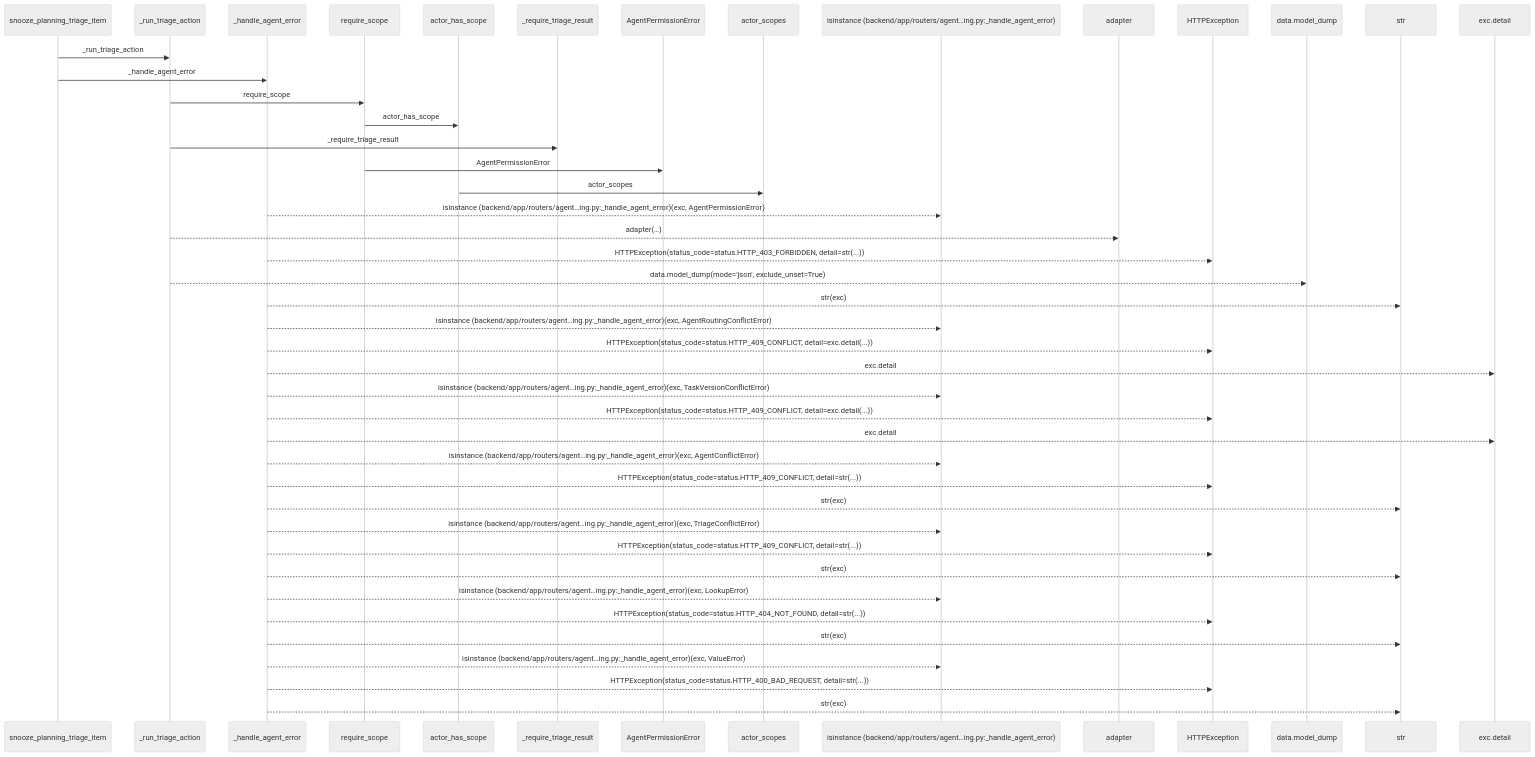
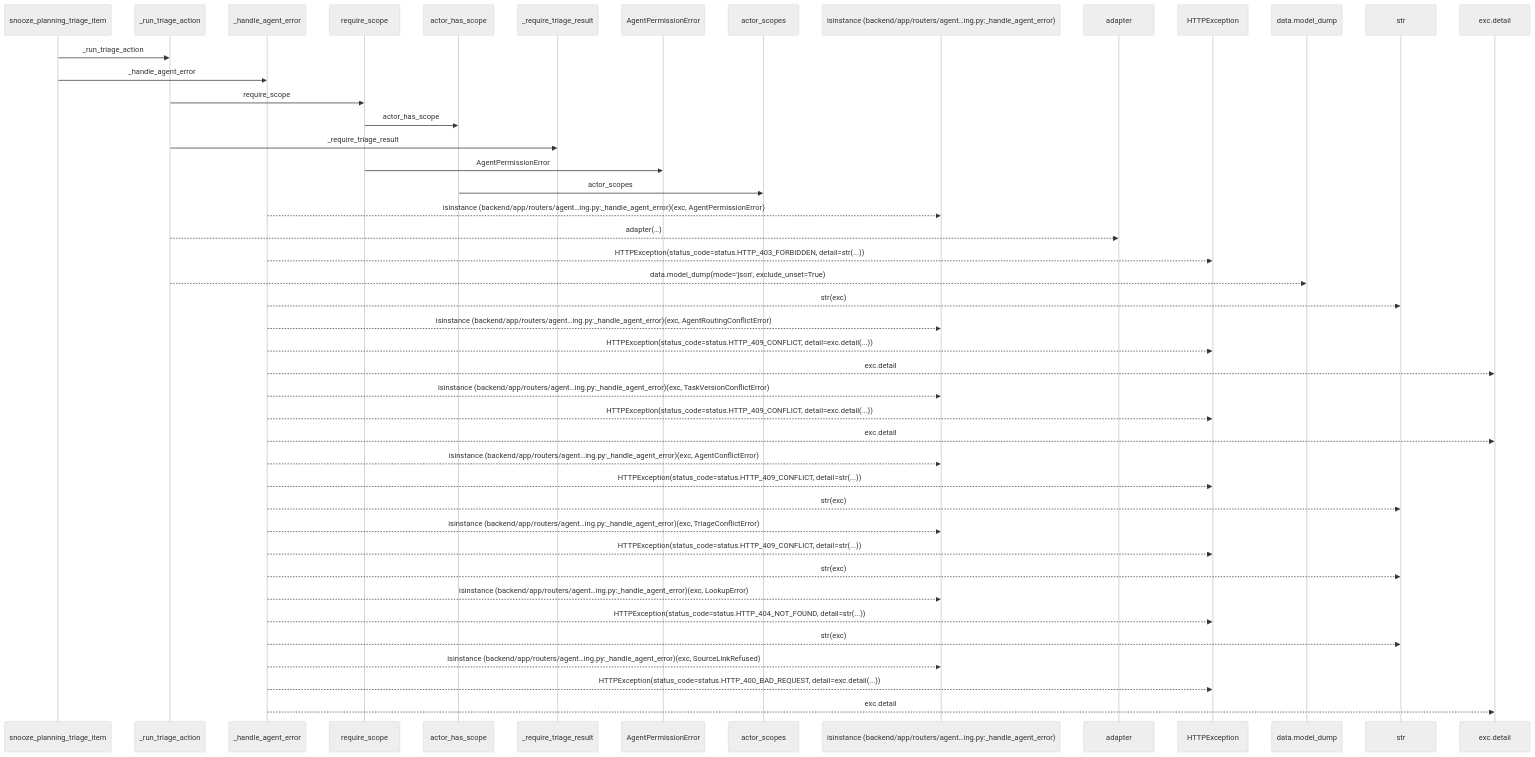
The first of 2 diagrams in docs/llm_wiki/flows/http-snooze_planning_triage_item.md (Denissvgn/WorkChord), drawn with Mermaid (neutral theme) before and after one commit. The commit also changed other lines of this file and 910 other files, not shown here.

Commit message:
Sync the architectural wiki for the intake source link policy

````diff
--- a/docs/llm_wiki/flows/http-snooze_planning_triage_item.md
+++ b/docs/llm_wiki/flows/http-snooze_planning_triage_item.md
@@ -12,47 +12,47 @@
 ```mermaid
 sequenceDiagram
     participant p0 as snooze_planning_triage_item
     participant p1 as _run_triage_action
     participant p2 as _handle_agent_error
     participant p3 as require_scope
     participant p4 as actor_has_scope
     participant p5 as _require_triage_result
     participant p6 as AgentPermissionError
     participant p7 as actor_scopes
     participant p8 as isinstance (backend/app/routers/agent…ing.py:_handle_agent_error)
     participant p9 as adapter
     participant p10 as HTTPException
     participant p11 as data.model_dump
     participant p12 as str
     participant p13 as exc.detail
     p0->>p1: _run_triage_action
     p0->>p2: _handle_agent_error
     p1->>p3: require_scope
     p3->>p4: actor_has_scope
     p1->>p5: _require_triage_result
     p3->>p6: AgentPermissionError
     p4->>p7: actor_scopes
     p2-->>p8: isinstance (backend/app/routers/agent…ing.py:_handle_agent_error)(exc, AgentPermissionError)
     p1-->>p9: adapter(…)
     p2-->>p10: HTTPException(status_code=status.HTTP_403_FORBIDDEN, detail=str(...))
     p1-->>p11: data.model_dump(mode='json', exclude_unset=True)
     p2-->>p12: str(exc)
     p2-->>p8: isinstance (backend/app/routers/agent…ing.py:_handle_agent_error)(exc, AgentRoutingConflictError)
     p2-->>p10: HTTPException(status_code=status.HTTP_409_CONFLICT, detail=exc.detail(...))
     p2-->>p13: exc.detail
     p2-->>p8: isinstance (backend/app/routers/agent…ing.py:_handle_agent_error)(exc, TaskVersionConflictError)
     p2-->>p10: HTTPException(status_code=status.HTTP_409_CONFLICT, detail=exc.detail(...))
     p2-->>p13: exc.detail
     p2-->>p8: isinstance (backend/app/routers/agent…ing.py:_handle_agent_error)(exc, AgentConflictError)
     p2-->>p10: HTTPException(status_code=status.HTTP_409_CONFLICT, detail=str(...))
     p2-->>p12: str(exc)
     p2-->>p8: isinstance (backend/app/routers/agent…ing.py:_handle_agent_error)(exc, TriageConflictError)
     p2-->>p10: HTTPException(status_code=status.HTTP_409_CONFLICT, detail=str(...))
     p2-->>p12: str(exc)
     p2-->>p8: isinstance (backend/app/routers/agent…ing.py:_handle_agent_error)(exc, LookupError)
     p2-->>p10: HTTPException(status_code=status.HTTP_404_NOT_FOUND, detail=str(...))
     p2-->>p12: str(exc)
-    p2-->>p8: isinstance (backend/app/routers/agent…ing.py:_handle_agent_error)(exc, ValueError)
-    p2-->>p10: HTTPException(status_code=status.HTTP_400_BAD_REQUEST, detail=str(...))
-    p2-->>p12: str(exc)
+    p2-->>p8: isinstance (backend/app/routers/agent…ing.py:_handle_agent_error)(exc, SourceLinkRefused)
+    p2-->>p10: HTTPException(status_code=status.HTTP_400_BAD_REQUEST, detail=exc.detail(...))
+    p2-->>p13: exc.detail
 ```
````
